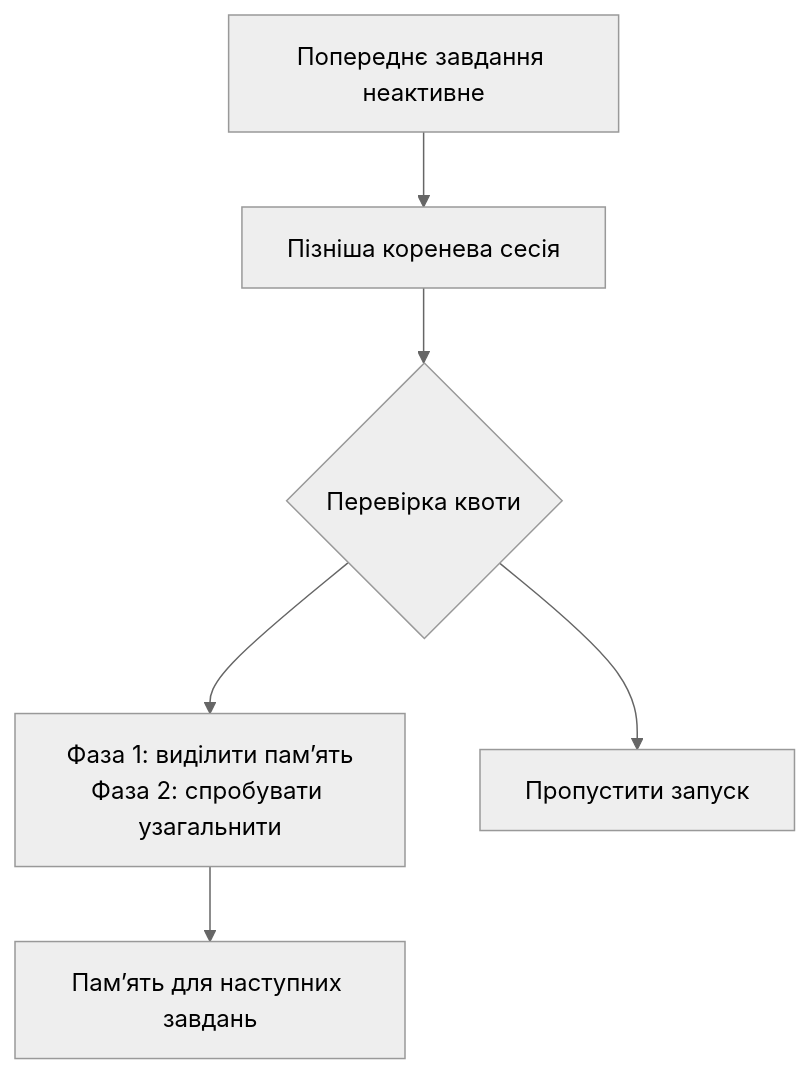
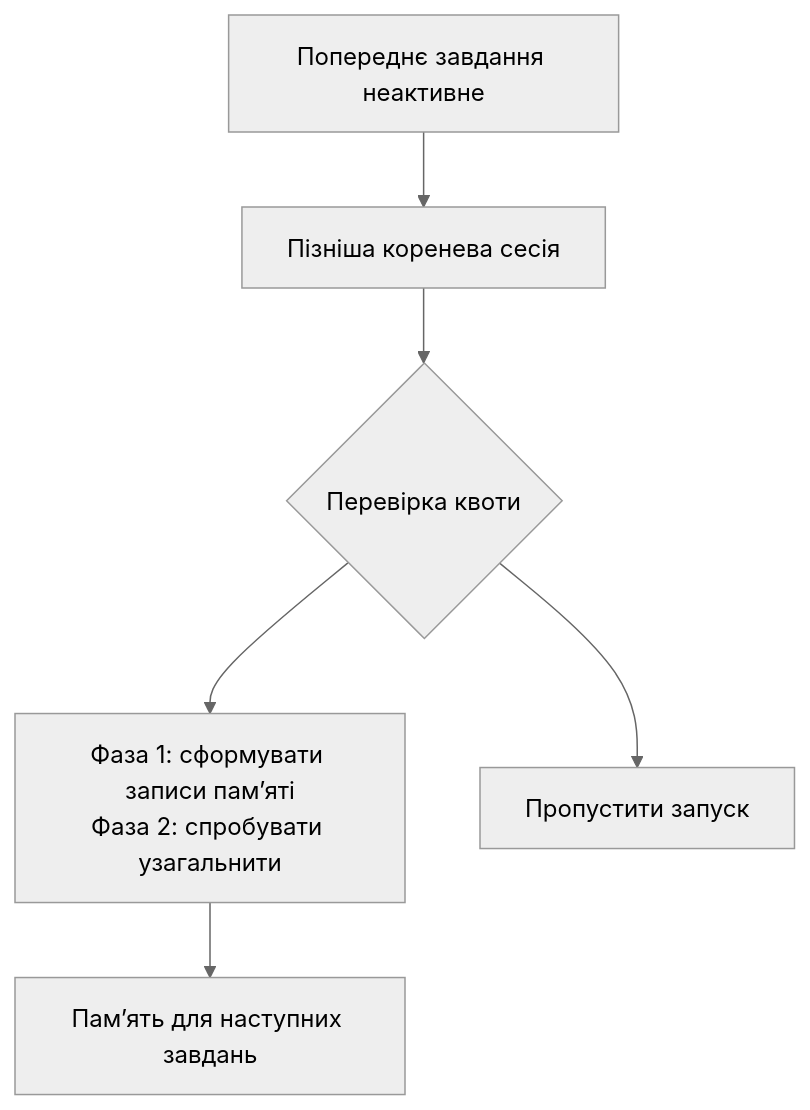
The diagram in src/content/blog/codex-memories/uk.mdx (exsesx/exsesx.dev), drawn with Mermaid (neutral theme) before and after one commit. The commit also changed other lines of this file and 9 other files, not shown here.

````diff
--- a/src/content/blog/codex-memories/uk.mdx
+++ b/src/content/blog/codex-memories/uk.mdx
@@ -48,10 +32,10 @@
 ```mermaid
 flowchart TD
   accTitle: Конвеєр локальної пам’яті Codex
-  accDescr: Попереднє завдання певний час не має активності, пізніше кореневе завдання запускає фоновий конвеєр, а Codex послідовно намагається виділити й узагальнити пам’ять для майбутніх завдань.
+  accDescr: Попереднє завдання певний час не має активності, пізніше кореневе завдання запускає фоновий конвеєр, а Codex послідовно намагається сформувати й узагальнити записи пам’яті для майбутніх завдань.
   previous["Попереднє завдання неактивне"] --> startup["Пізніша коренева сесія"]
   startup --> gate{"Перевірка квоти"}
-  gate --> pipeline["Фаза 1: виділити пам’ять<br/>Фаза 2: спробувати узагальнити"]
+  gate --> pipeline["Фаза 1: сформувати записи пам’яті<br/>Фаза 2: спробувати узагальнити"]
   pipeline --> future["Пам’ять для наступних завдань"]
   gate --> skip["Пропустити запуск"]
 ```
````
